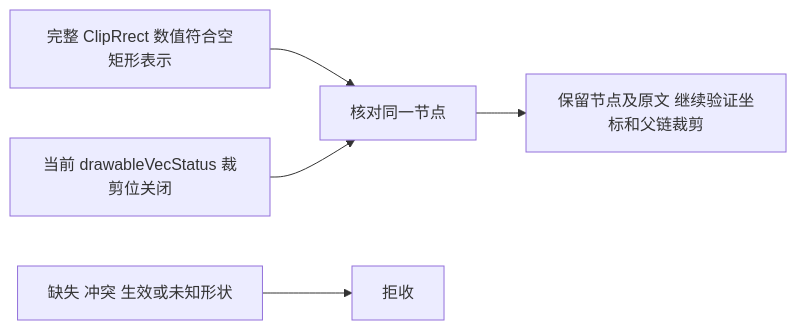
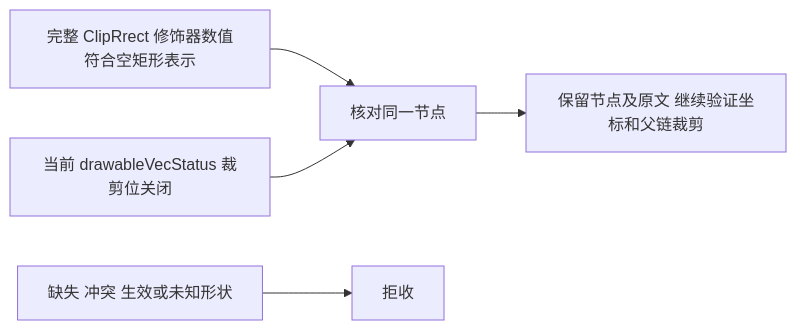
One commit to HoldThatThgt/Har-GUI changed the diagram in docs/render-modifiers.md. Above: the diagram before and after it, drawn with Mermaid. The commit also changed other lines of this file and 9 other files, not shown here.

````diff
--- a/docs/render-modifiers.md
+++ b/docs/render-modifiers.md
@@ -10,7 +10,7 @@
 ```mermaid
 flowchart LR
-    Pending[完整 ClipRrect 数值符合空矩形表示] --> Check[核对同一节点]
+    Modifier[完整 ClipRrect 修饰器数值符合空矩形表示] --> Check[核对同一节点]
     Current[当前 drawableVecStatus 裁剪位关闭] --> Check
     Check --> Keep[保留节点及原文 继续验证坐标和父链裁剪]
     Unknown[缺失 冲突 生效或未知形状] --> Reject[拒收]
 ```
````
